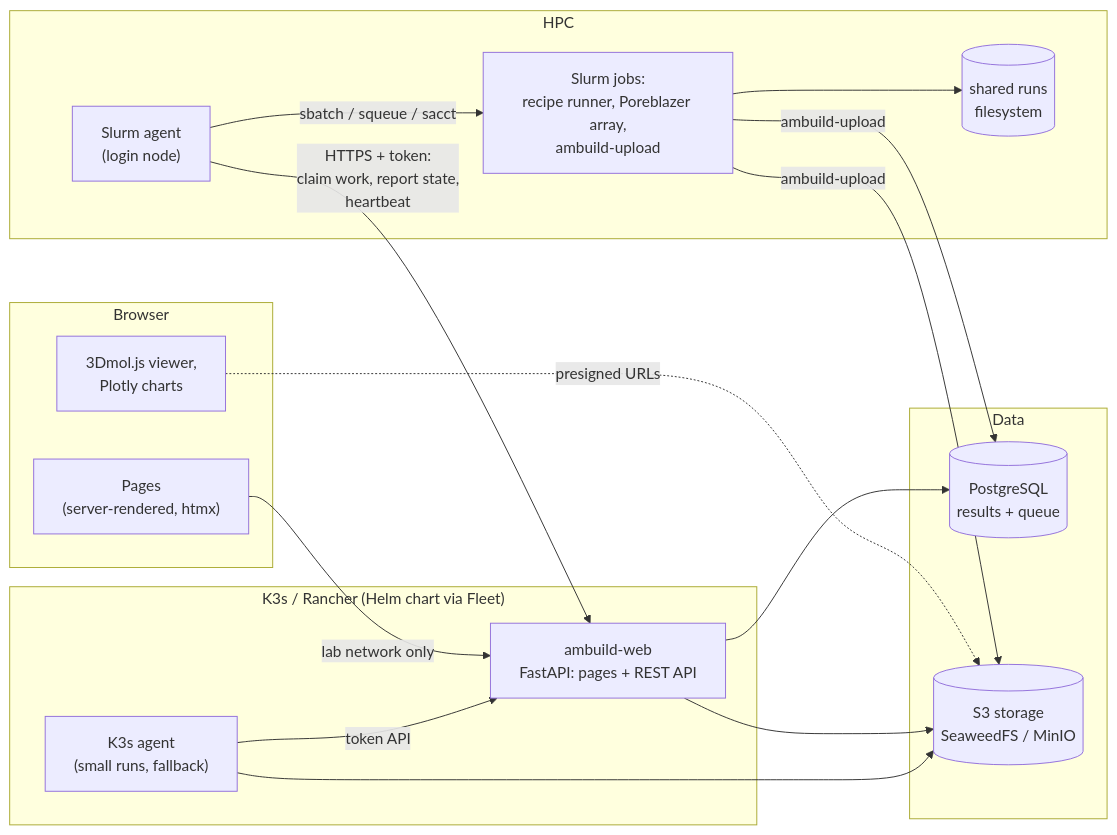
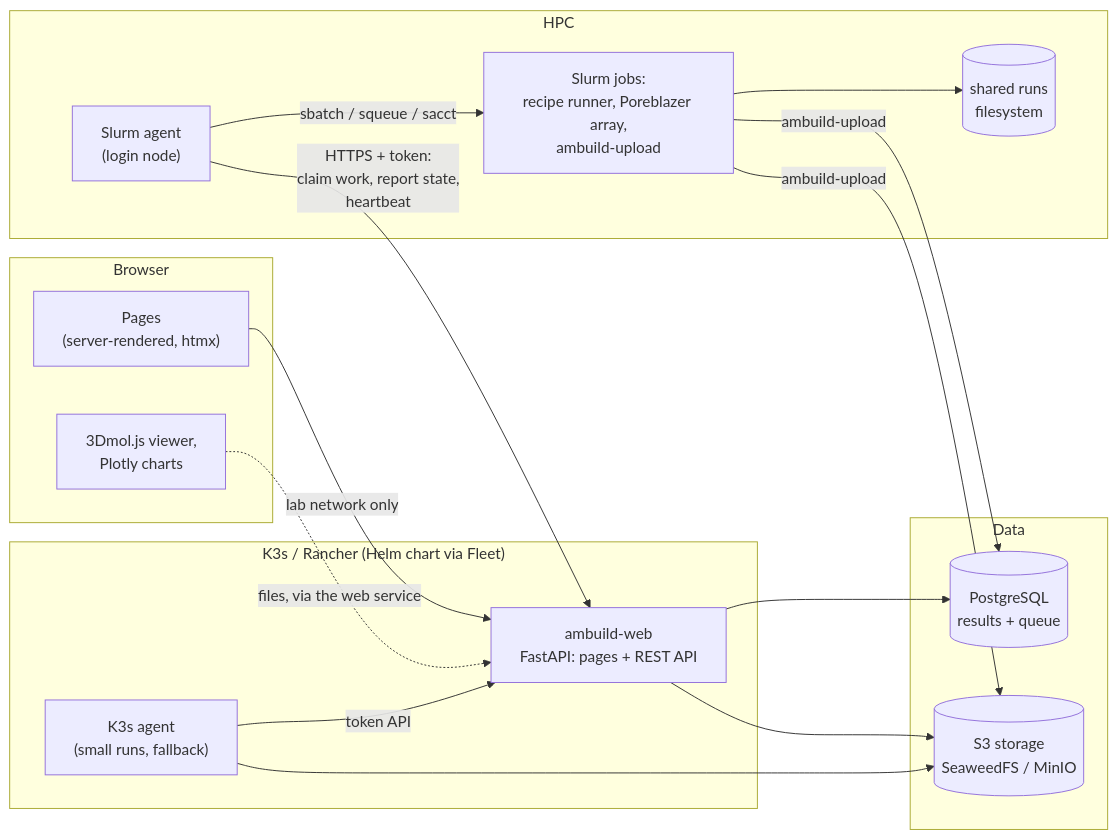
Before and after one commit to st7ma784/ambuild: the first of 2 diagrams in docs/web-gui.md, drawn with Mermaid. The commit also changed other lines of this file and 25 other files, not shown here.

````diff
--- a/docs/web-gui.md
+++ b/docs/web-gui.md
@@ -54,31 +55,31 @@
 ```mermaid
 flowchart LR
   subgraph browser["Browser"]
     ui["Pages<br/>(server-rendered, htmx)"]
     viewer["3Dmol.js viewer,<br/>Plotly charts"]
   end
   subgraph k3s["K3s / Rancher (Helm chart via Fleet)"]
     api["ambuild-web<br/>FastAPI: pages + REST API"]
     kworker["K3s agent<br/>(small runs, fallback)"]
   end
   subgraph data["Data"]
     pg[("PostgreSQL<br/>results + queue")]
     s3[("S3 storage<br/>SeaweedFS / MinIO")]
   end
   subgraph cluster["HPC"]
     agent["Slurm agent<br/>(login node)"]
     slurm["Slurm jobs:<br/>recipe runner, Poreblazer array,<br/>ambuild-upload"]
     fs[("shared runs<br/>filesystem")]
   end
   ui -- "lab network only" --> api
-  viewer -. "presigned URLs" .-> s3
+  viewer -. "files, via the web service" .-> api
   api --> pg
   api --> s3
   agent -- "HTTPS + token:<br/>claim work, report state,<br/>heartbeat" --> api
   agent -- "sbatch / squeue / sacct" --> slurm
   slurm --> fs
   slurm -- "ambuild-upload" --> pg
   slurm -- "ambuild-upload" --> s3
   kworker -- "token API" --> api
   kworker --> s3
 ```
````
